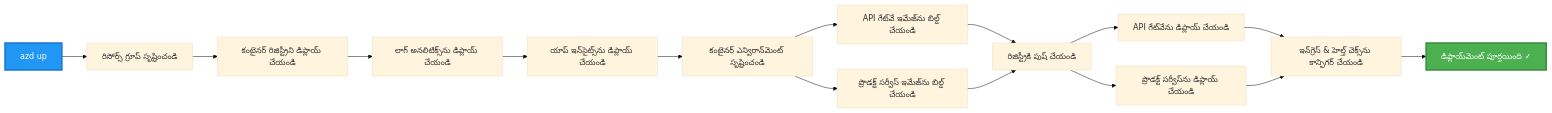
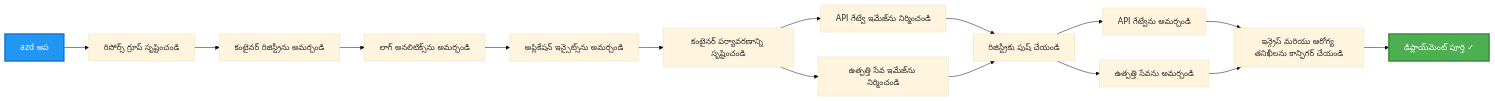
The third of 4 diagrams in translations/te/examples/microservices/README.md (microsoft/AZD-for-beginners), drawn with Mermaid (base theme) before and after one commit. The commit also changed other lines of this file and 470 other files, not shown here.

````diff
--- a/translations/te/examples/microservices/README.md
+++ b/translations/te/examples/microservices/README.md
@@ -242,20 +233,20 @@
 ```mermaid
 graph LR
-    A[azd up] --> B[రిసోర్స్ గ్రూప్ సృష్టించండి]
-    B --> C[కంటైనర్ రిజిస్ట్రీని డిప్లాయ్ చేయండి]
-    C --> D[లాగ్ అనలిటిక్స్‌ను డిప్లాయ్ చేయండి]
-    D --> E[యాప్ ఇన్‌సైట్స్‌ను డిప్లాయ్ చేయండి]
-    E --> F[కంటైనర్ ఎన్విరాన్‌మెంట్ సృష్టించండి]
-    F --> G[API గేట్‌వే ఇమేజ్‌ను బిల్డ్ చేయండి]
-    F --> H[ప్రొడక్ట్ సర్వీస్ ఇమేజ్‌ను బిల్డ్ చేయండి]
-    G --> I[రిజిస్ట్రీకి పుష్ చేయండి]
+    A[azd అప] --> B[రిసోర్స్ గ్రూప్ సృష్టించండి]
+    B --> C[కంటైనర్ రిజిస్ట్రీను అమర్చండి]
+    C --> D[లాగ్ అనలిటిక్స్‌ను అమర్చండి]
+    D --> E[అప్లికేషన్ ఇన్సైట్స్‌ను అమర్చండి]
+    E --> F[కంటైనర్ పర్యావరణాన్ని సృష్టించండి]
+    F --> G[API గేట్వే ఇమేజ్‌ను నిర్మించండి]
+    F --> H[ఉత్పత్తి సేవ ఇమేజ్‌ను నిర్మించండి]
+    G --> I[రిజిస్ట్రీకు పుష్ చేయండి]
     H --> I
-    I --> J[API గేట్‌వేను డిప్లాయ్ చేయండి]
-    I --> K[ప్రొడక్ట్ సర్వీస్‌ను డిప్లాయ్ చేయండి]
-    J --> L[ఇన్‌గ్రెస్ & హెల్త్ చెక్స్‌ను కాన్ఫిగర్ చేయండి]
+    I --> J[API గేట్వేను అమర్చండి]
+    I --> K[ఉత్పత్తి సేవను అమర్చండి]
+    J --> L[ఇన్గ్రెస్ మరియు ఆరోగ్య తనిఖీలను కాన్ఫిగర్ చేయండి]
     K --> L
-    L --> M[డిప్లాయ్‌మెంట్ పూర్తయింది ✓]
+    L --> M[డిప్లాయ్‌మెంట్ పూర్తి ✓]
     
     style A fill:#2196F3,stroke:#1976D2,stroke-width:3px,color:#fff
     style M fill:#4CAF50,stroke:#388E3C,stroke-width:3px,color:#fff
 ```
````
